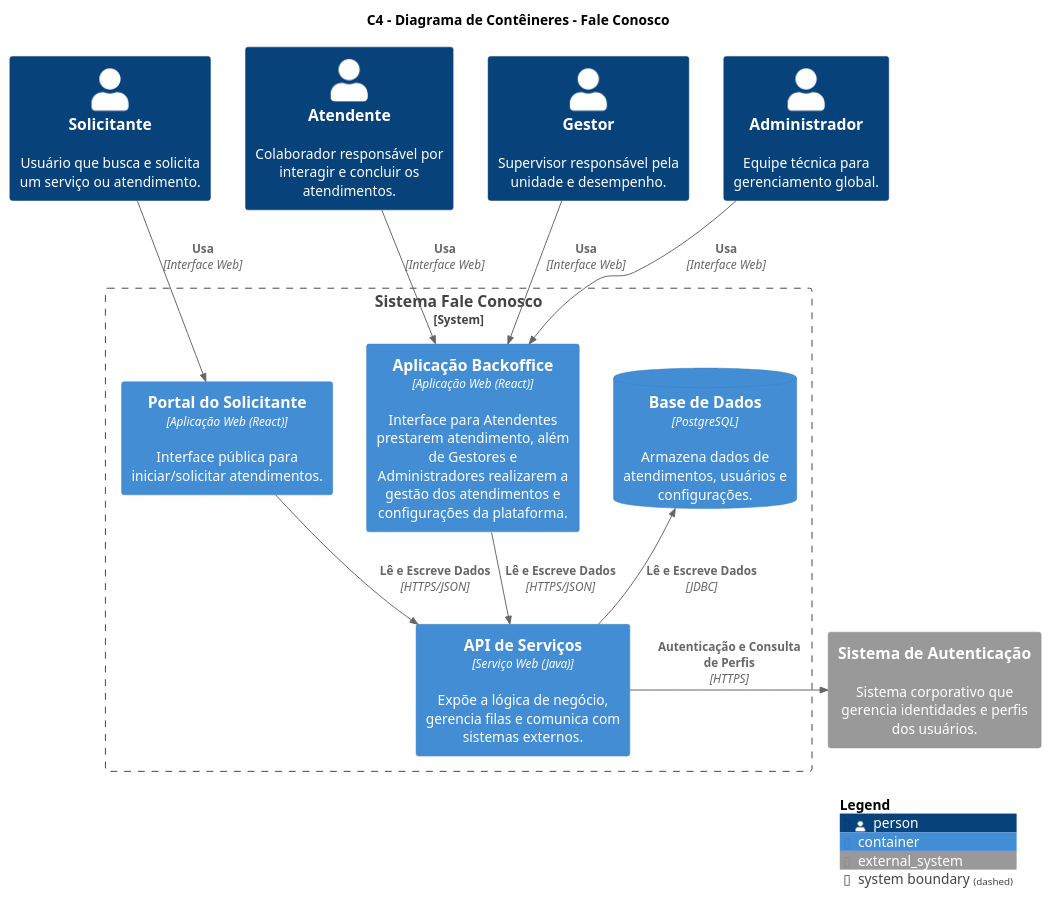
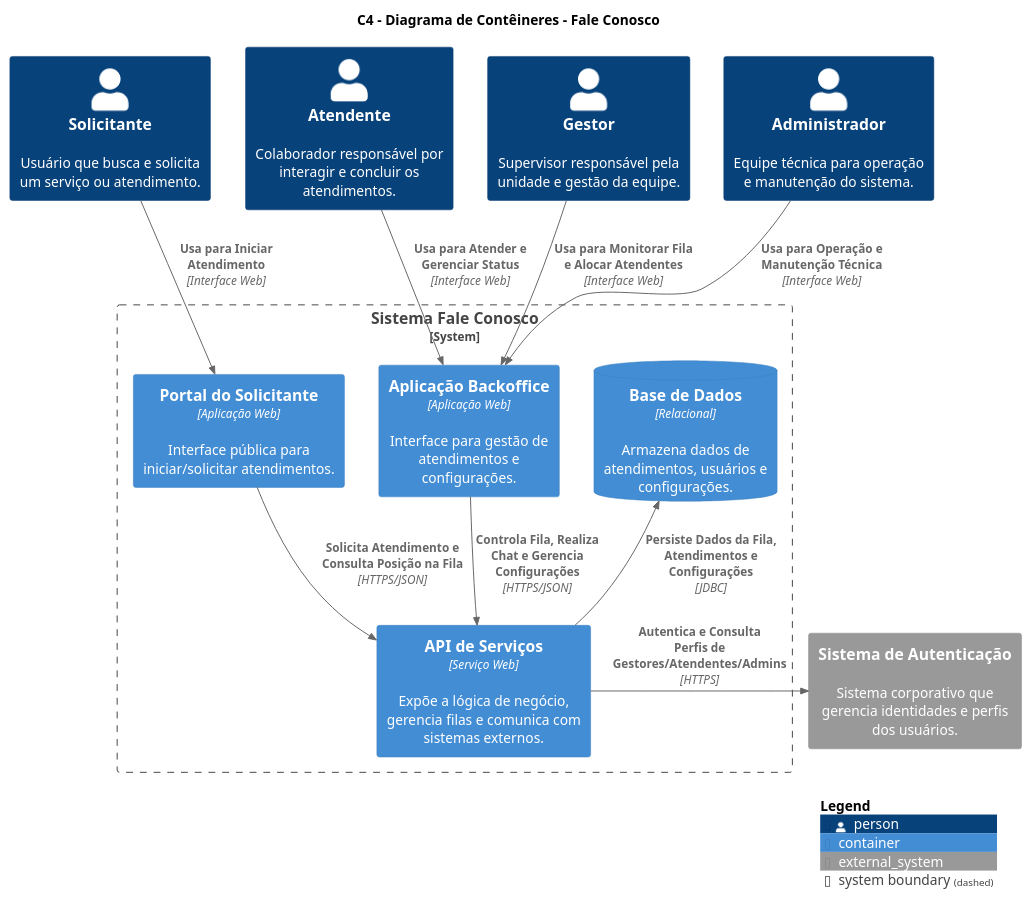
The diagram in Trabalho Final/diagrama_conteiner.puml (DeMesquita/Projeto-Software), drawn with PlantUML before and after one commit. The commit also changed 4 other files, not shown here.

```diff
--- a/Trabalho Final/diagrama_conteiner.puml
+++ b/Trabalho Final/diagrama_conteiner.puml
@@ -1,54 +1,52 @@
 @startuml FaleConosco - Contêineres
 
 title C4 - Diagrama de Contêineres - Fale Conosco
 
 !include <C4/C4_Container.puml>
 
 
 ' Pessoas
 Person(solicitante, "Solicitante", "Usuário que busca e solicita um serviço ou atendimento.")
 Person(atendente, "Atendente", "Colaborador responsável por interagir e concluir os atendimentos.")
-Person(gestor, "Gestor", "Supervisor responsável pela unidade e desempenho.")
-Person(admin, "Administrador", "Equipe técnica para gerenciamento global.")
+Person(gestor, "Gestor", "Supervisor responsável pela unidade e gestão da equipe.")
+Person(admin, "Administrador", "Equipe técnica para operação e manutenção do sistema.")
 
 ' Sistema Externo
 System_Ext(auth_system, "Sistema de Autenticação", "Sistema corporativo que gerencia identidades e perfis dos usuários.") 
 
 
 System_Boundary(faleconosco, "Sistema Fale Conosco") {
 
-    ' Contêineres Frontend
-    ' Ambas as aplicações Web usam React
-    Container(portal_solic, "Portal do Solicitante", "Aplicação Web (React)", "Interface pública para iniciar/solicitar atendimentos.")
-    Container(app_backoffice, "Aplicação Backoffice", "Aplicação Web (React)", "Interface para Atendentes prestarem atendimento, além de Gestores e Administradores realizarem a gestão dos atendimentos e configurações da plataforma.")
+' Frontend
+Container(portal_solic, "Portal do Solicitante", "Aplicação Web", "Interface pública para iniciar/solicitar atendimentos.")
+ Container(app_backoffice, "Aplicação Backoffice", "Aplicação Web", "Interface para gestão de atendimentos e configurações.")
 
-    ' Contêiner Backend
-    ' A API usa Java
-    Container(api, "API de Serviços", "Serviço Web (Java)", "Expõe a lógica de negócio, gerencia filas e comunica com sistemas externos.")
-    
-    ' Contêiner de Dados (mantido)
-    ContainerDb(db, "Base de Dados", "PostgreSQL", "Armazena dados de atendimentos, usuários e configurações.")
+' Backend
+Container(api, "API de Serviços", "Serviço Web", "Expõe a lógica de negócio, gerencia filas e comunica com sistemas externos.")
+
+' Dados 
+ContainerDb(db, "Base de Dados", "Relacional", "Armazena dados de atendimentos, usuários e configurações.")
 }
 
 
 ' Relacionamentos Internos
 
-Rel(portal_solic, api, "Lê e Escreve Dados", "HTTPS/JSON")
-Rel(app_backoffice, api, "Lê e Escreve Dados", "HTTPS/JSON")
-Rel_U(api, db, "Lê e Escreve Dados", "JDBC")
+Rel(portal_solic, api, "Solicita Atendimento e Consulta Posição na Fila", "HTTPS/JSON")
+Rel(app_backoffice, api, "Controla Fila, Realiza Chat e Gerencia Configurações", "HTTPS/JSON")
+Rel_U(api, db, "Persiste Dados da Fila, Atendimentos e Configurações", "JDBC")
 
 
-' Relacionamentos com o Contexto
 
-' Usuários e Frontends
-Rel(solicitante, portal_solic, "Usa", "Interface Web")
-Rel(atendente, app_backoffice, "Usa", "Interface Web")
-Rel(gestor, app_backoffice, "Usa", "Interface Web")
-Rel(admin, app_backoffice, "Usa", "Interface Web")
+
+
+Rel(solicitante, portal_solic, "Usa para Iniciar Atendimento", "Interface Web")
+Rel(atendente, app_backoffice, "Usa para Atender e Gerenciar Status", "Interface Web")
+Rel(gestor, app_backoffice, "Usa para Monitorar Fila e Alocar Atendentes", "Interface Web")
+Rel(admin, app_backoffice, "Usa para Operação e Manutenção Técnica", "Interface Web")
 
 ' API e Sistema de Autenticação
-Rel_R(api, auth_system, "Autenticação e Consulta de Perfis", "HTTPS")
+Rel_R(api, auth_system, "Autentica e Consulta Perfis de Gestores/Atendentes/Admins", "HTTPS")
 
 
 SHOW_LEGEND()
 @enduml
```
